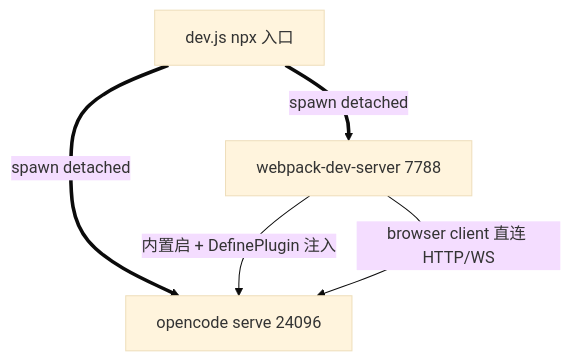
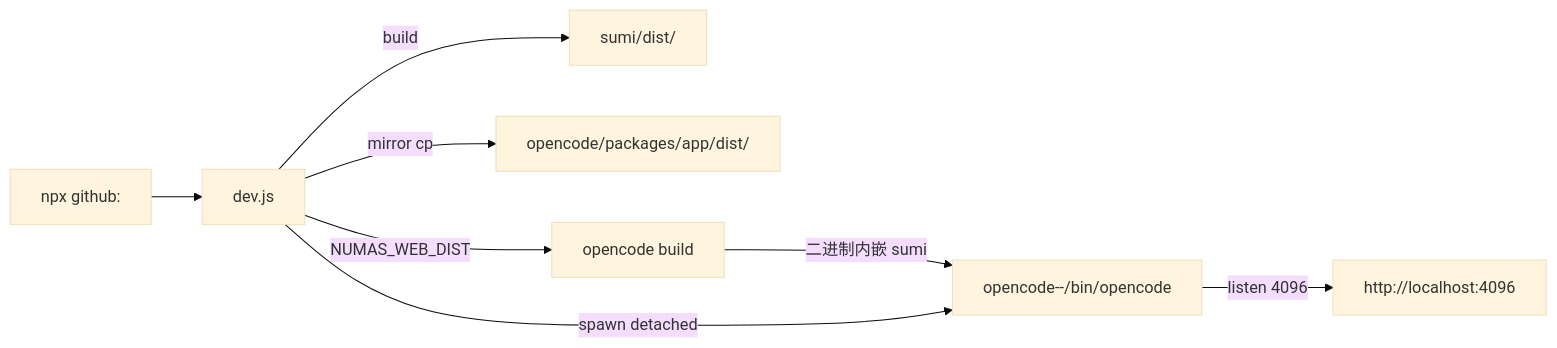
Before and after one commit to weizuxiao911/magicbook: the diagram in README.md, drawn with Mermaid (base theme). The commit also changed other lines of this file, not shown here.

First line of the commit message:
docs(readme): 跟实际集成模式架构对齐, 加品牌故事 + CLI 表 + docs 索引

````diff
--- a/README.md
+++ b/README.md
@@ -86,10 +93,10 @@
 ```mermaid
-graph TB
-  Cli["dev.js npx 入口"]
-  Oc["opencode serve 24096"]
-  Wb["webpack-dev-server 7788"]
-  Cli ==>|"spawn detached"| Wb
-  Cli ==>|"spawn detached"| Oc
-  Wb -->|"内置启 + DefinePlugin 注入"| Oc
-  Wb -->|"browser client 直连 HTTP/WS"| Oc
+graph LR
+  User["npx github:"] --> Dev["dev.js"]
+  Dev -->|"build"|SumiBuild["sumi/dist/"]
+  Dev -->|"mirror cp"|AppDist["opencode/packages/app/dist/"]
+  Dev -->|"NUMAS_WEB_DIST"|OcBuild["opencode build"]
+  OcBuild -->|"二进制内嵌 sumi"|OcBin["opencode-<os>-<arch>/bin/opencode"]
+  Dev -->|"spawn detached"|OcBin
+  OcBin -->|"listen 4096"|Browser["http://localhost:4096"]
 ```
````
